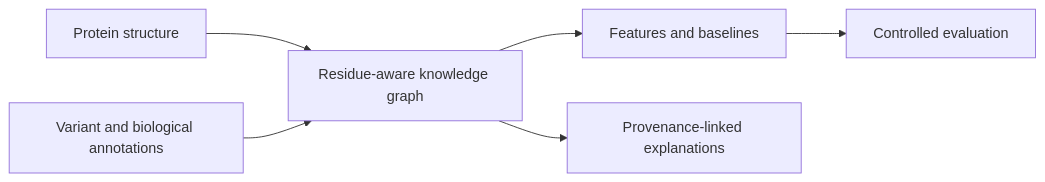
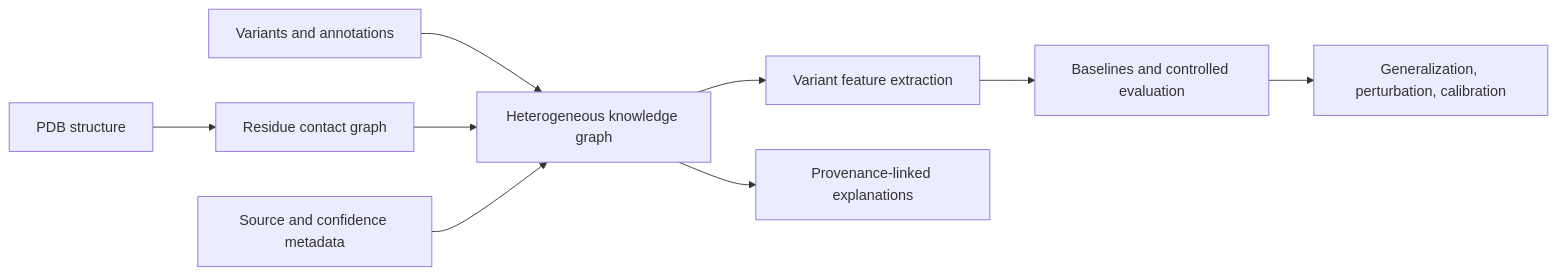
The diagram in README.md (CHOMINWOO1/TrustProtKG), drawn with Mermaid before and after one commit. The commit also changed other lines of this file, not shown here.

Commit message:
Expand README with architecture, results and reproduction guidance

````diff
--- a/README.md
+++ b/README.md
@@ -15,8 +25,11 @@
 ```mermaid
 flowchart LR
-    A[Protein structure] --> C[Residue-aware knowledge graph]
-    B[Variant and biological annotations] --> C
-    C --> D[Features and baselines]
-    C --> E[Provenance-linked explanations]
-    D --> F[Controlled evaluation]
+    A[PDB structure] --> B[Residue contact graph]
+    C[Variants and annotations] --> D[Heterogeneous knowledge graph]
+    B --> D
+    E[Source and confidence metadata] --> D
+    D --> F[Variant feature extraction]
+    D --> G[Provenance-linked explanations]
+    F --> H[Baselines and controlled evaluation]
+    H --> I[Generalization, perturbation, calibration]
 ```
````
